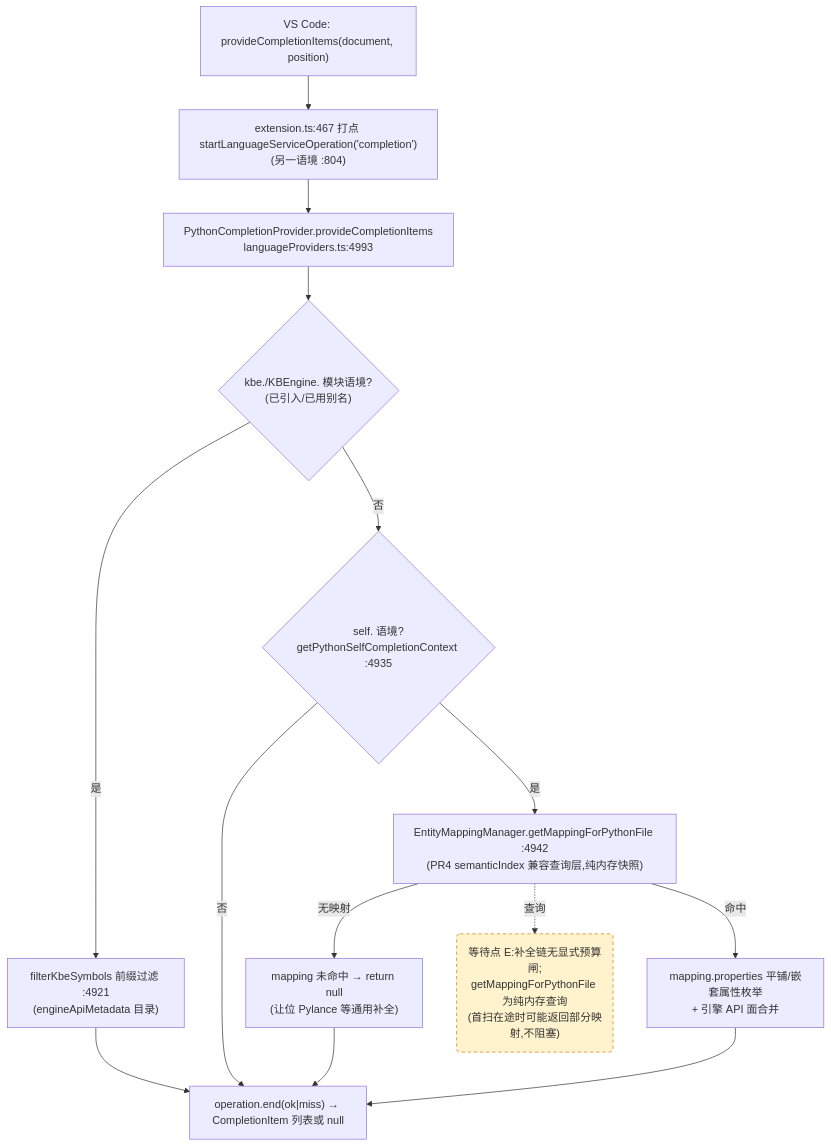
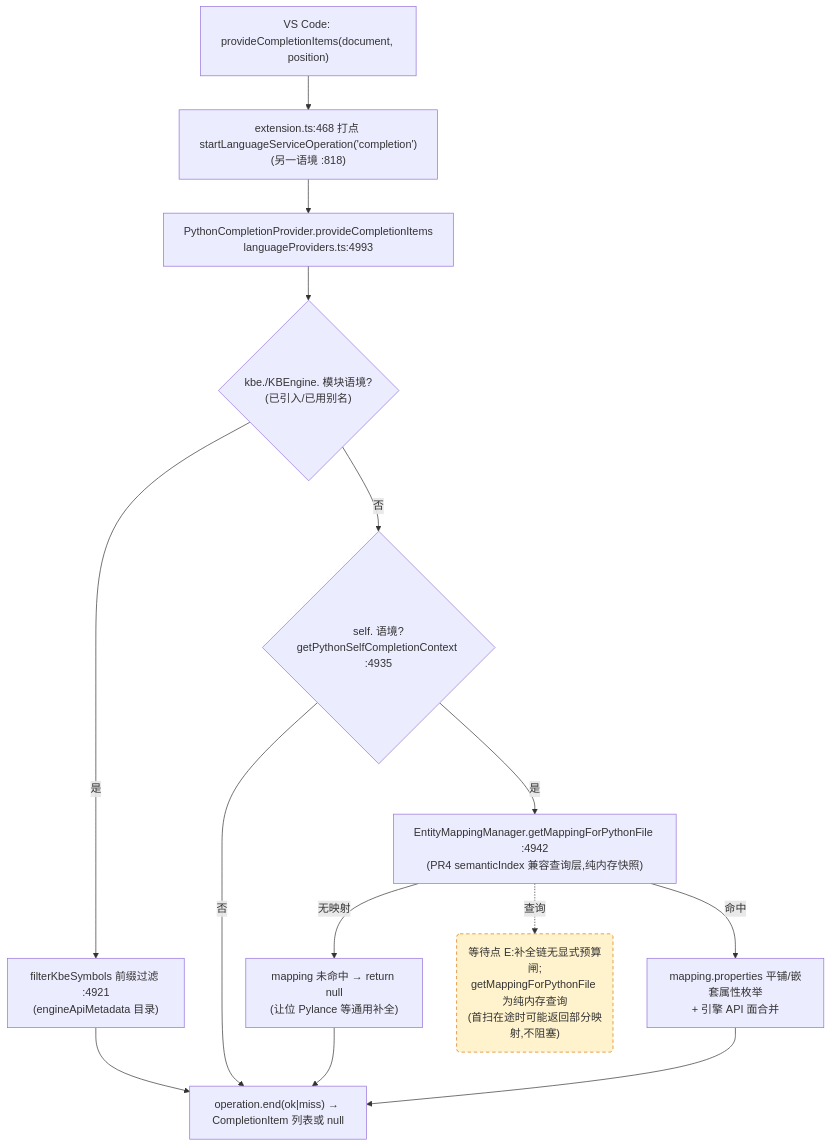
Before and after one commit to cuihairu/kode: the third of 4 diagrams in docs/perf/2026-baseline.md, drawn with Mermaid. The commit also changed other lines of this file and 4 other files, not shown here.

Commit message:
feat: warm schema snapshots in background tasks

````diff
--- a/docs/perf/2026-baseline.md
+++ b/docs/perf/2026-baseline.md
@@ -184,27 +184,27 @@
 ```mermaid
 flowchart TD
   VC3["VS Code: provideCompletionItems(document, position)"]
-  M3["extension.ts:467 打点 startLanguageServiceOperation('completion')<br/>(另一语境 :804)"]
+  M3["extension.ts:468 打点 startLanguageServiceOperation('completion')<br/>(另一语境 :818)"]
   CP["PythonCompletionProvider.provideCompletionItems<br/>languageProviders.ts:4993"]
   KBEC{"kbe./KBEngine. 模块语境?<br/>(已引入/已用别名)"}
   FILTER["filterKbeSymbols 前缀过滤 :4921<br/>(engineApiMetadata 目录)"]
   SELFC{"self. 语境?<br/>getPythonSelfCompletionContext :4935"}
   MAP["EntityMappingManager.getMappingForPythonFile :4942<br/>(PR4 semanticIndex 兼容查询层,纯内存快照)"]
   NOMAP["mapping 未命中 → return null<br/>(让位 Pylance 等通用补全)"]
   PROPS["mapping.properties 平铺/嵌套属性枚举<br/>+ 引擎 API 面合并"]
   END3["operation.end(ok|miss) → CompletionItem 列表或 null"]
 
   VC3 --> M3 --> CP --> KBEC
   KBEC -- "是" --> FILTER --> END3
   KBEC -- "否" --> SELFC
   SELFC -- "否" --> END3
   SELFC -- "是" --> MAP
   MAP -- "无映射" --> NOMAP --> END3
   MAP -- "命中" --> PROPS --> END3
 
   WAITE("等待点 E:补全链无显式预算闸;<br/>getMappingForPythonFile 为纯内存查询<br/>(首扫在途时可能返回部分映射,不阻塞)")
   MAP -.->|查询| WAITE
 
   classDef waitPoint fill:#fff3cd,stroke:#d97706,stroke-dasharray:5 4;
   class WAITE waitPoint;
 ```
````
